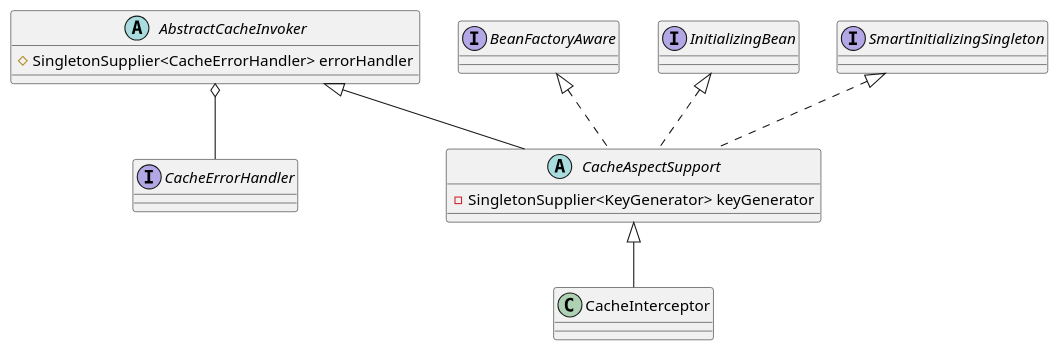
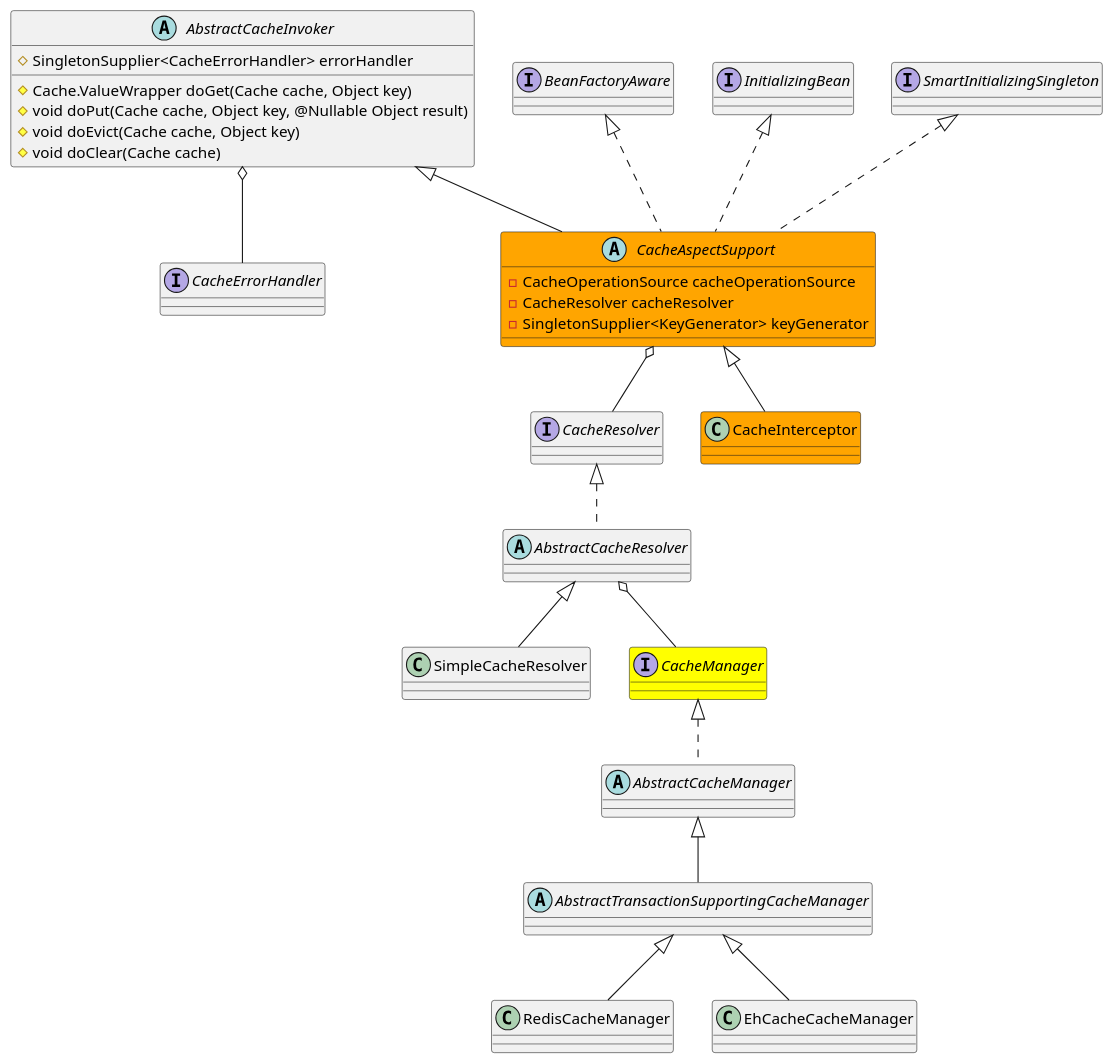
One commit to onlyonion/development changed the diagram in 20-framework/src/spring/spring-context/cache/interceptor/CacheInterceptor.md. Above: the diagram before and after it, drawn with PlantUML. The commit also changed other lines of this file and 48 other files, not shown here.

````diff
--- a/20-framework/src/spring/spring-context/cache/interceptor/CacheInterceptor.md
+++ b/20-framework/src/spring/spring-context/cache/interceptor/CacheInterceptor.md
@@ -11,32 +21,59 @@
 ```plantuml
 @startuml
 
 ''''''''''''''''''''''''''''AbstractCacheInvoker'''''''''''''''''''''''''''''''''''
 abstract class AbstractCacheInvoker {
     # SingletonSupplier<CacheErrorHandler> errorHandler
+    # Cache.ValueWrapper doGet(Cache cache, Object key)
+    # void doPut(Cache cache, Object key, @Nullable Object result)
+    # void doEvict(Cache cache, Object key)
+    # void doClear(Cache cache)
 }
 interface CacheErrorHandler
 AbstractCacheInvoker o-- CacheErrorHandler
 AbstractCacheInvoker ^-- CacheAspectSupport
 
 ''''''''''''''''''''''''''''CacheAspectSupport'''''''''''''''''''''''''''''''''''
 interface BeanFactoryAware
 interface InitializingBean
 interface SmartInitializingSingleton
 
 BeanFactoryAware ^.. CacheAspectSupport
 InitializingBean ^.. CacheAspectSupport
 SmartInitializingSingleton ^.. CacheAspectSupport
 
-abstract class CacheAspectSupport {
+abstract class CacheAspectSupport #orange {
+    - CacheOperationSource cacheOperationSource
+    - CacheResolver cacheResolver
     - SingletonSupplier<KeyGenerator> keyGenerator
 }
+CacheAspectSupport o-- CacheResolver
 
 ''''''''''''''''''''''''''''CacheInterceptor'''''''''''''''''''''''''''''''''''
 CacheAspectSupport ^-- CacheInterceptor
-class CacheInterceptor {
+class CacheInterceptor #orange {
 
 }
 
+''''''''''''''''''''''''''''CacheResolver-CacheManager'''''''''''''''''''''''''''''''''''
+interface CacheResolver 
+abstract class AbstractCacheResolver
+class SimpleCacheResolver
+
+CacheResolver ^.. AbstractCacheResolver
+AbstractCacheResolver ^-- SimpleCacheResolver
+AbstractCacheResolver o-- CacheManager
+
+interface CacheManager #yellow
+abstract class AbstractCacheManager
+abstract class AbstractTransactionSupportingCacheManager
+class RedisCacheManager
+class EhCacheCacheManager
+
+CacheManager ^.. AbstractCacheManager
+AbstractCacheManager ^-- AbstractTransactionSupportingCacheManager
+AbstractTransactionSupportingCacheManager ^-- RedisCacheManager
+AbstractTransactionSupportingCacheManager ^-- EhCacheCacheManager
+
 @enduml
 ```
````
